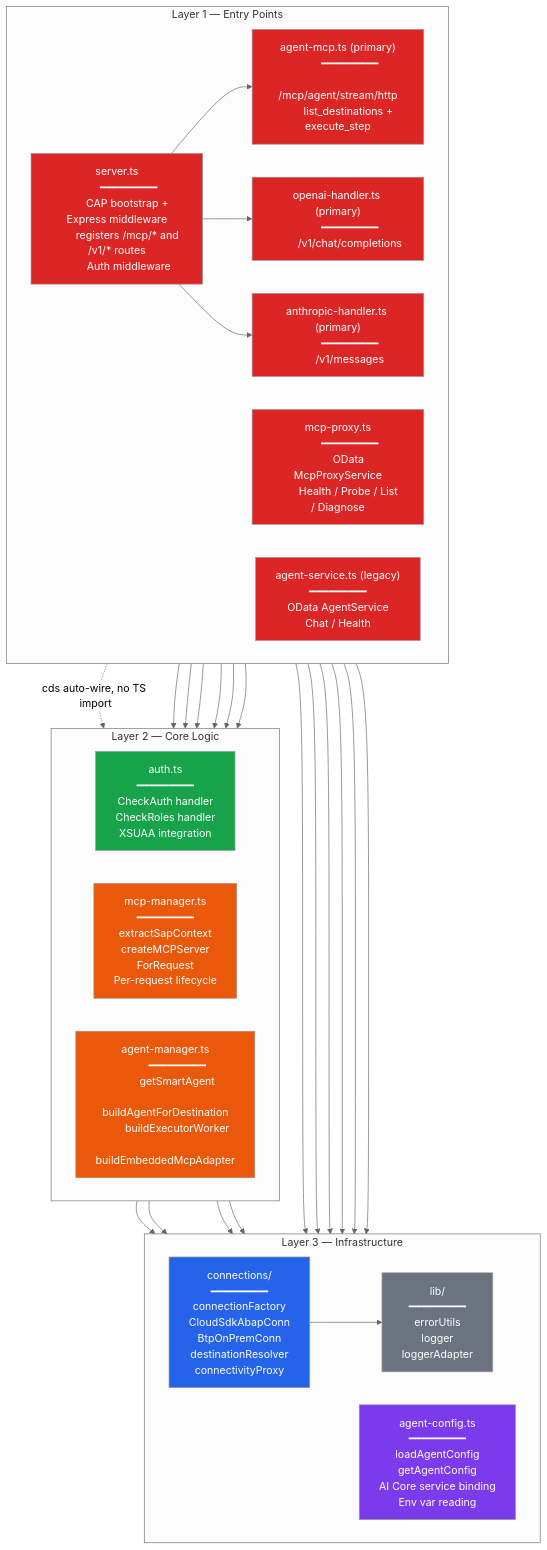
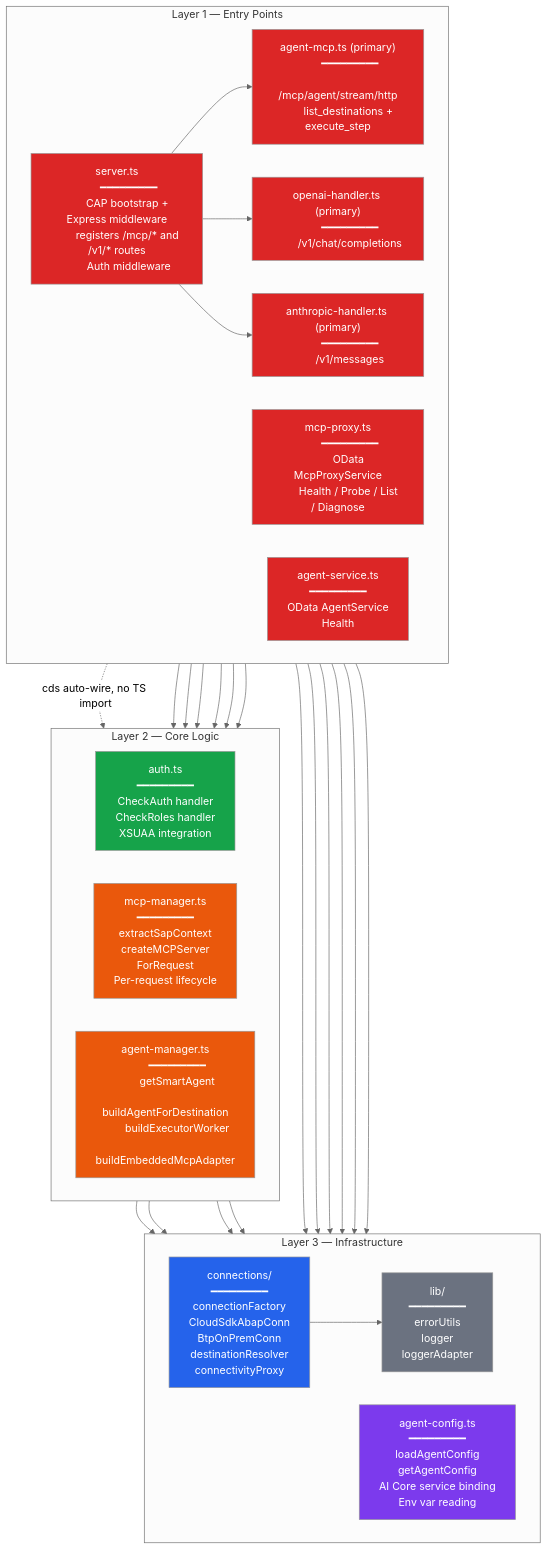
The fourth of 24 diagrams in docs/architecture/ARCHITECTURE.md (fr0ster/cloud-llm-hub), drawn with Mermaid (neutral theme) before and after one commit. The commit also changed other lines of this file and 6 other files, not shown here.

First line of the commit message:
docs: the door, sessions the service issues, and the removed OData Chat

```diff
--- a/docs/architecture/ARCHITECTURE.md
+++ b/docs/architecture/ARCHITECTURE.md
@@ -257,10 +255,10 @@
         ━━━━━━━━━
         OData McpProxyService
         Health / Probe / List / Diagnose"]
-        C["agent-service.ts (legacy)
+        C["agent-service.ts
         ━━━━━━━━━
         OData AgentService
-        Chat / Health"]
+        Health"]
     end
 
     subgraph CORE["Layer 2 — Core Logic"]
```
